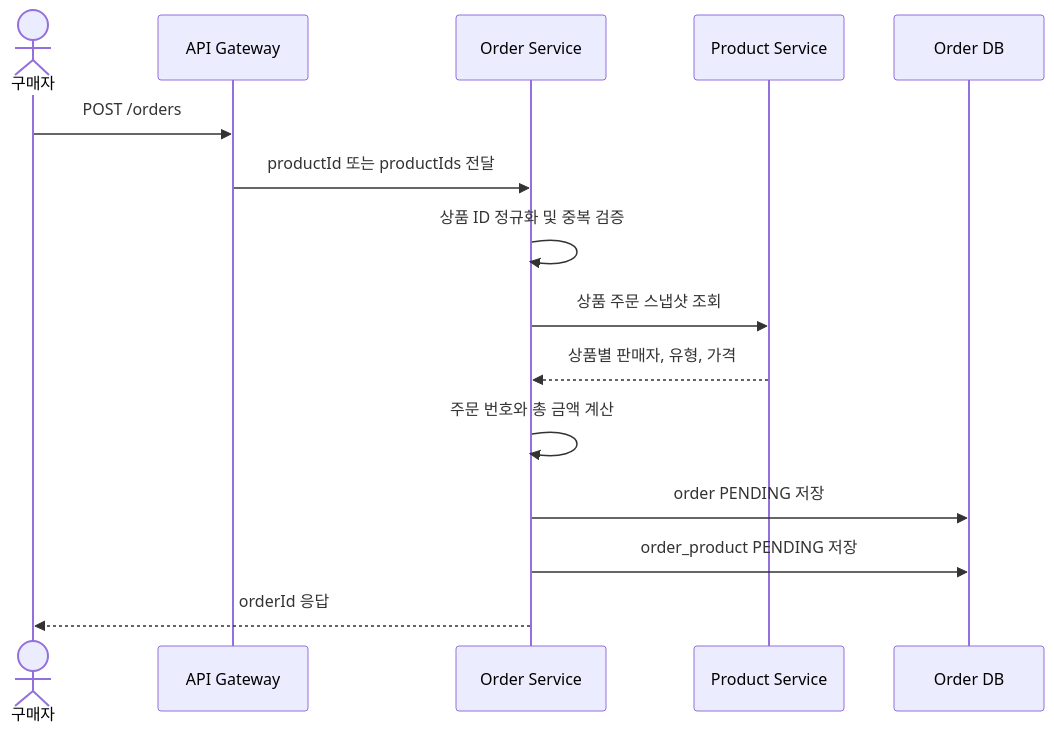
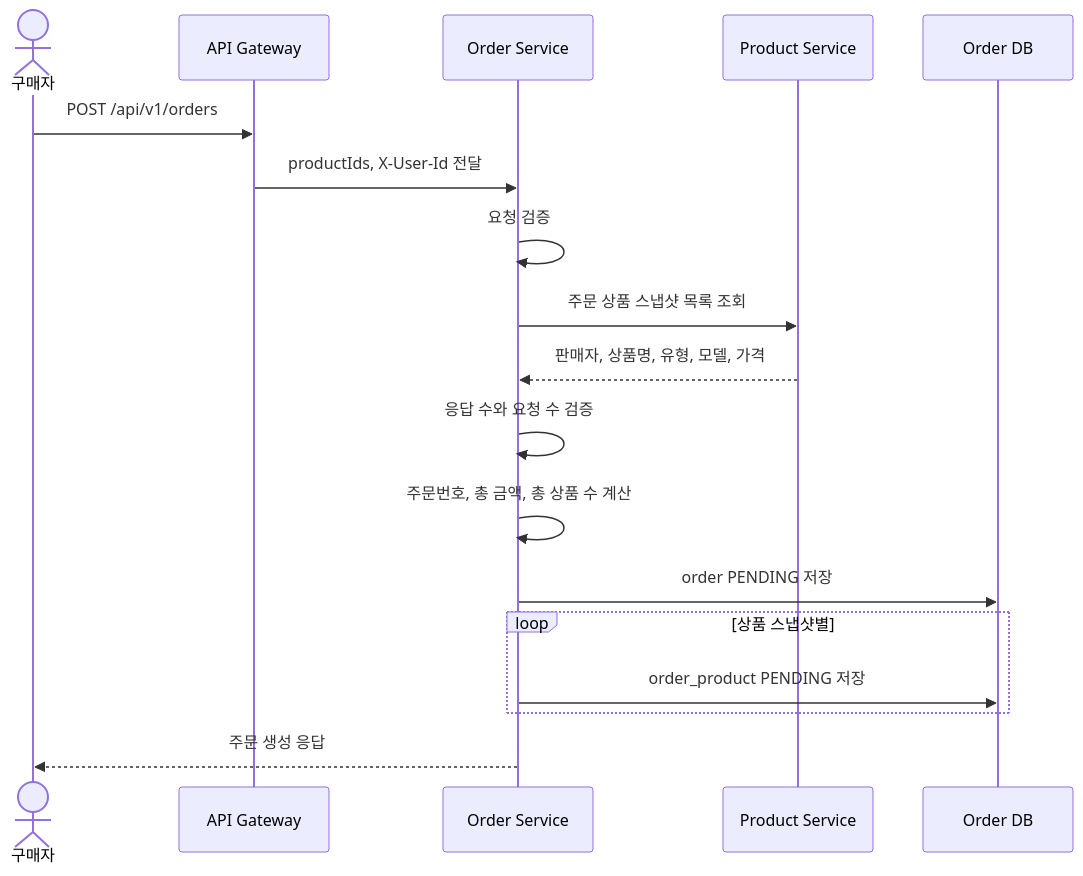
One commit to prgrms-be-adv-devcourse/beadv6_6_3JMT_BE changed the fourth of 15 diagrams in docs/architecture/order-usecase-detail.md. Above: the diagram before and after it, drawn with Mermaid. The commit also changed other lines of this file and 3 other files, not shown here.

````diff
--- a/docs/architecture/order-usecase-detail.md
+++ b/docs/architecture/order-usecase-detail.md
@@ -149,18 +126,21 @@
 ```mermaid
 sequenceDiagram
     actor Buyer as 구매자
     participant Gateway as API Gateway
     participant Order as Order Service
     participant Product as Product Service
     participant DB as Order DB
 
-    Buyer->>Gateway: POST /orders
-    Gateway->>Order: productId 또는 productIds 전달
-    Order->>Order: 상품 ID 정규화 및 중복 검증
-    Order->>Product: 상품 주문 스냅샷 조회
-    Product-->>Order: 상품별 판매자, 유형, 가격
-    Order->>Order: 주문 번호와 총 금액 계산
+    Buyer->>Gateway: POST /api/v1/orders
+    Gateway->>Order: productIds, X-User-Id 전달
+    Order->>Order: 요청 검증
+    Order->>Product: 주문 상품 스냅샷 목록 조회
+    Product-->>Order: 판매자, 상품명, 유형, 모델, 가격
+    Order->>Order: 응답 수와 요청 수 검증
+    Order->>Order: 주문번호, 총 금액, 총 상품 수 계산
     Order->>DB: order PENDING 저장
-    Order->>DB: order_product PENDING 저장
-    Order-->>Buyer: orderId 응답
+    loop 상품 스냅샷별
+        Order->>DB: order_product PENDING 저장
+    end
+    Order-->>Buyer: 주문 생성 응답
 ```
````
